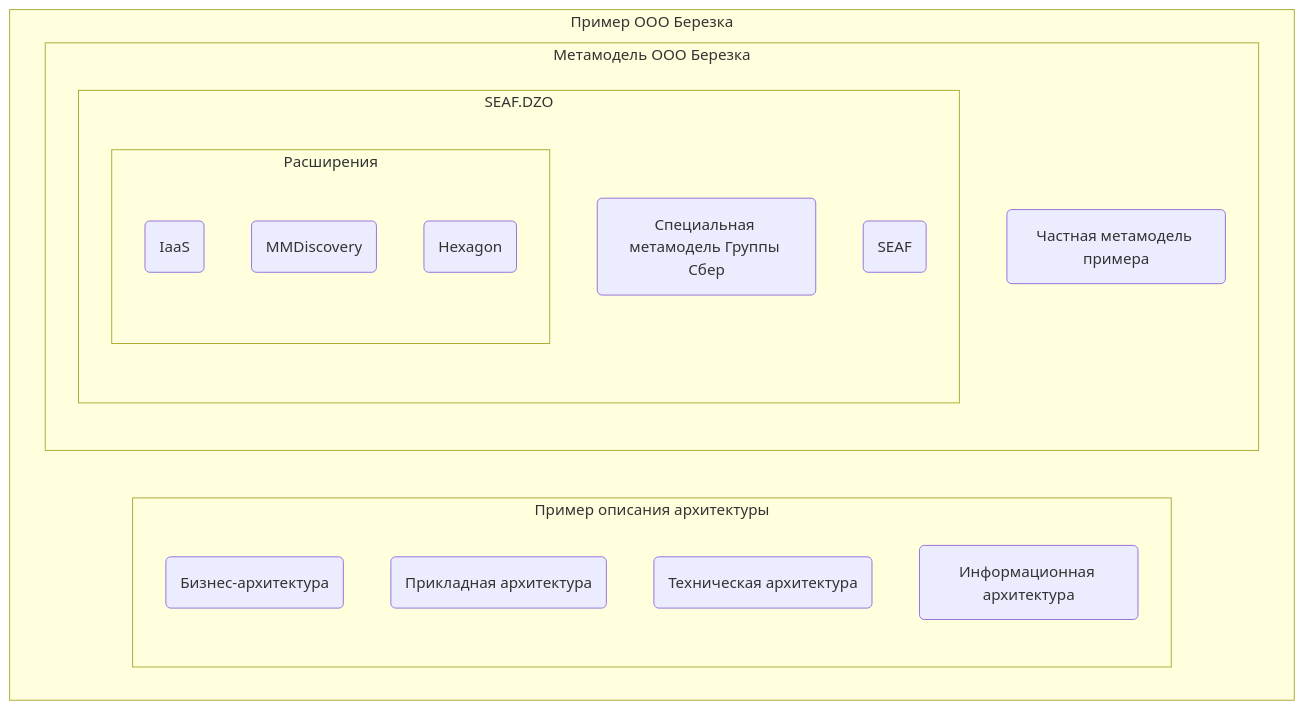
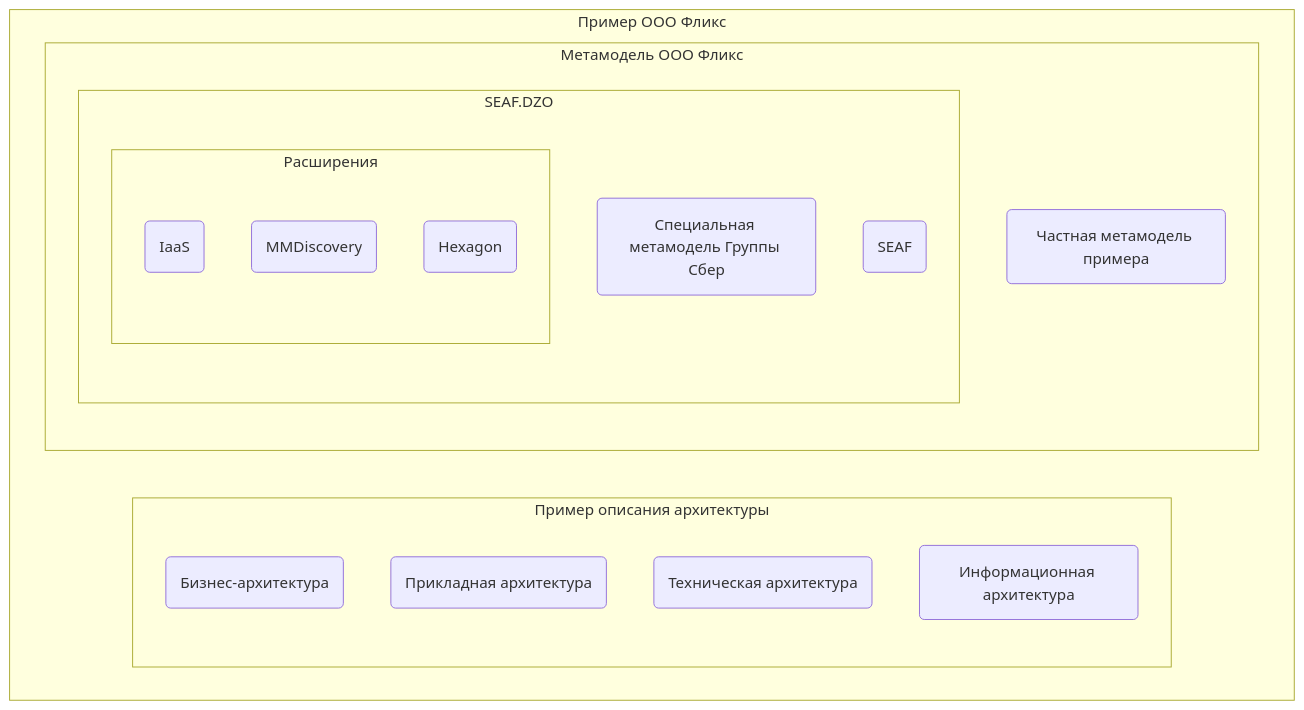
One commit to SEAFTeam/seaf-dzo-example changed the diagram in README.md. Above: the diagram before and after it, drawn with Mermaid. The commit also changed other lines of this file and 5 other files, not shown here.

````diff
--- a/README.md
+++ b/README.md
@@ -6,23 +6,23 @@
 ```mermaid
 flowchart TB
-    subgraph "Пример ООО Березка"
+    subgraph "Пример ООО Фликс"
         subgraph Пример описания архитектуры
             id2(Бизнес-архитектура)
             id3(Прикладная архитектура)
             id4(Техническая архитектура)
             id5(Информационная архитектура )
         end
-        subgraph Метамодель ООО Березка
+        subgraph Метамодель ООО Фликс
             id6(Частная метамодель примера)
             subgraph SEAF.DZO
                 id7(Специальная метамодель Группы Сбер)
                 subgraph Расширения
                     id8(IaaS)
                     id9(MMDiscovery)
                     id10(Hexagon)
                 end
                 seaf(SEAF)
             end
         end
     end
 ```
````
